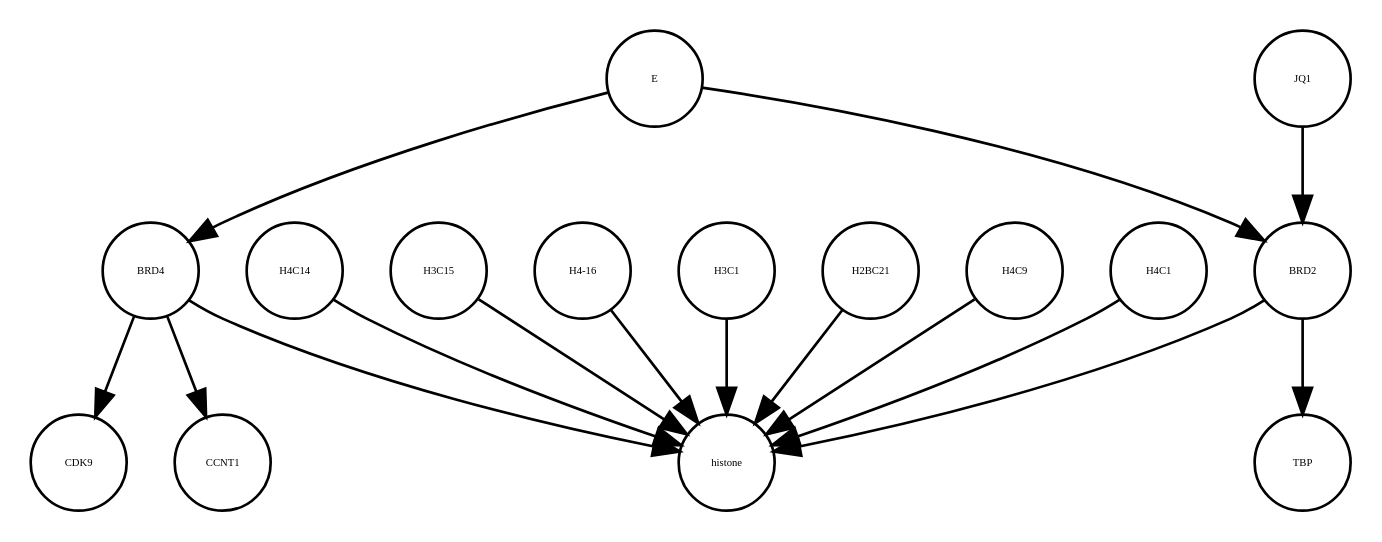
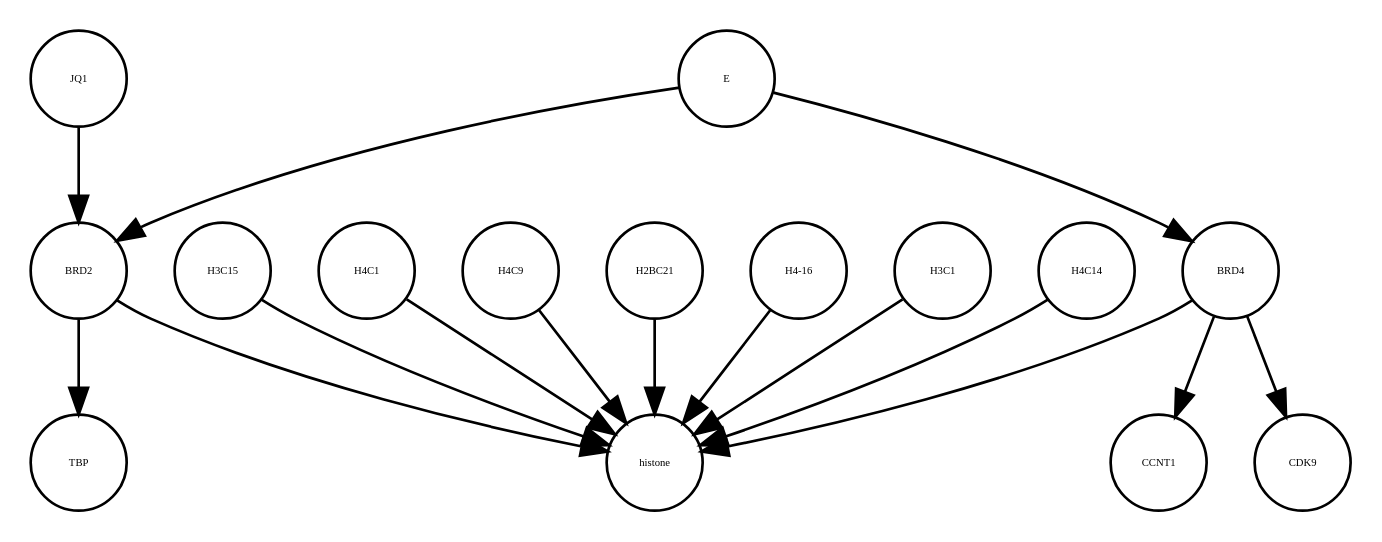
The diagram in E_SARS_CoV_2_22_05_2020.xml_projected.dot (cannin/covid19-sbgn), drawn with Graphviz before and after one commit. The commit also changed other lines of this file and 637 other files, not shown here.

```diff
--- a/E_SARS_CoV_2_22_05_2020.xml_projected.dot
+++ b/E_SARS_CoV_2_22_05_2020.xml_projected.dot
@@ -1,32 +1,32 @@
 strict digraph  {
+H3C15 [annotation="", bipartite=0, cls=macromolecule, fontsize=4, label=H3C15, shape=circle];
+H4C1 [annotation="", bipartite=0, cls=macromolecule, fontsize=4, label=H4C1, shape=circle];
+CCNT1 [annotation="", bipartite=0, cls=macromolecule, fontsize=4, label=CCNT1, shape=circle];
+BRD2 [annotation="", bipartite=0, cls=macromolecule, fontsize=4, label=BRD2, shape=circle];
+H4C9 [annotation="", bipartite=0, cls=macromolecule, fontsize=4, label=H4C9, shape=circle];
+H2BC21 [annotation="", bipartite=0, cls=macromolecule, fontsize=4, label=H2BC21, shape=circle];
+JQ1 [annotation="", bipartite=0, cls=macromolecule, fontsize=4, label=JQ1, shape=circle];
+BRD4 [annotation="", bipartite=0, cls=macromolecule, fontsize=4, label=BRD4, shape=circle];
+histone [annotation="", bipartite=0, cls=complex, fontsize=4, label=histone, shape=circle];
 CDK9 [annotation="", bipartite=0, cls=macromolecule, fontsize=4, label=CDK9, shape=circle];
+"H4-16" [annotation="", bipartite=0, cls=macromolecule, fontsize=4, label="H4-16", shape=circle];
+E [annotation=urn_miriam_ncbiprotein_BCD58755, bipartite=0, cls=macromolecule, fontsize=4, label=E, shape=circle];
+TBP [annotation="", bipartite=0, cls=macromolecule, fontsize=4, label=TBP, shape=circle];
+H3C1 [annotation="", bipartite=0, cls=macromolecule, fontsize=4, label=H3C1, shape=circle];
 H4C14 [annotation="", bipartite=0, cls=macromolecule, fontsize=4, label=H4C14, shape=circle];
-H3C15 [annotation="", bipartite=0, cls=macromolecule, fontsize=4, label=H3C15, shape=circle];
-"H4-16" [annotation="", bipartite=0, cls=macromolecule, fontsize=4, label="H4-16", shape=circle];
-BRD4 [annotation="", bipartite=0, cls=macromolecule, fontsize=4, label=BRD4, shape=circle];
-H3C1 [annotation="", bipartite=0, cls=macromolecule, fontsize=4, label=H3C1, shape=circle];
-BRD2 [annotation="", bipartite=0, cls=macromolecule, fontsize=4, label=BRD2, shape=circle];
-H2BC21 [annotation="", bipartite=0, cls=macromolecule, fontsize=4, label=H2BC21, shape=circle];
-H4C9 [annotation="", bipartite=0, cls=macromolecule, fontsize=4, label=H4C9, shape=circle];
-JQ1 [annotation="", bipartite=0, cls=macromolecule, fontsize=4, label=JQ1, shape=circle];
-H4C1 [annotation="", bipartite=0, cls=macromolecule, fontsize=4, label=H4C1, shape=circle];
-TBP [annotation="", bipartite=0, cls=macromolecule, fontsize=4, label=TBP, shape=circle];
-E [annotation=urn_miriam_ncbiprotein_BCD58755, bipartite=0, cls=macromolecule, fontsize=4, label=E, shape=circle];
-histone [annotation="", bipartite=0, cls=complex, fontsize=4, label=histone, shape=circle];
-CCNT1 [annotation="", bipartite=0, cls=macromolecule, fontsize=4, label=CCNT1, shape=circle];
-H4C14 -> histone  [annotation="", interaction_type=production];
 H3C15 -> histone  [annotation="", interaction_type=production];
-"H4-16" -> histone  [annotation="", interaction_type=production];
-BRD4 -> CCNT1  [annotation="", interaction_type=catalysis];
+H4C1 -> histone  [annotation="", interaction_type=production];
+BRD2 -> TBP  [annotation="urn_miriam_doi_10.1007%2Fs11010-006-9223-6", interaction_type=catalysis];
+BRD2 -> histone  [annotation="urn_miriam_doi_10.1038%2Fnsmb.3228.|urn_miriam_doi_10.1016%2Fj.molcel.2008.01.018", interaction_type=catalysis];
+H4C9 -> histone  [annotation="", interaction_type=production];
+H2BC21 -> histone  [annotation="", interaction_type=production];
+JQ1 -> BRD2  [annotation="urn_miriam_doi_10.1038%2Fs41586-020-2286-9|urn_miriam_doi_10.1080%2F15592294.2018.1469891", interaction_type=inhibition];
 BRD4 -> histone  [annotation="urn_miriam_doi_10.1038%2Fnsmb.3228.|urn_miriam_doi_10.1016%2Fj.molcel.2008.01.018", interaction_type=catalysis];
 BRD4 -> CDK9  [annotation=urn_miriam_taxonomy_10090, interaction_type=catalysis];
-H3C1 -> histone  [annotation="", interaction_type=production];
-BRD2 -> histone  [annotation="urn_miriam_doi_10.1038%2Fnsmb.3228.|urn_miriam_doi_10.1016%2Fj.molcel.2008.01.018", interaction_type=catalysis];
-BRD2 -> TBP  [annotation="urn_miriam_doi_10.1007%2Fs11010-006-9223-6", interaction_type=catalysis];
-H2BC21 -> histone  [annotation="", interaction_type=production];
-H4C9 -> histone  [annotation="", interaction_type=production];
-JQ1 -> BRD2  [annotation="urn_miriam_doi_10.1038%2Fs41586-020-2286-9|urn_miriam_doi_10.1080%2F15592294.2018.1469891", interaction_type=inhibition];
-H4C1 -> histone  [annotation="", interaction_type=production];
+BRD4 -> CCNT1  [annotation="", interaction_type=catalysis];
+"H4-16" -> histone  [annotation="", interaction_type=production];
 E -> BRD4  [annotation="urn_miriam_doi_10.1038%2Fs41586-020-2286-9", interaction_type=inhibition];
 E -> BRD2  [annotation="urn_miriam_doi_10.1038%2Fs41586-020-2286-9|urn_miriam_doi_10.1080%2F15592294.2018.1469891", interaction_type=inhibition];
+H3C1 -> histone  [annotation="", interaction_type=production];
+H4C14 -> histone  [annotation="", interaction_type=production];
 }
```
